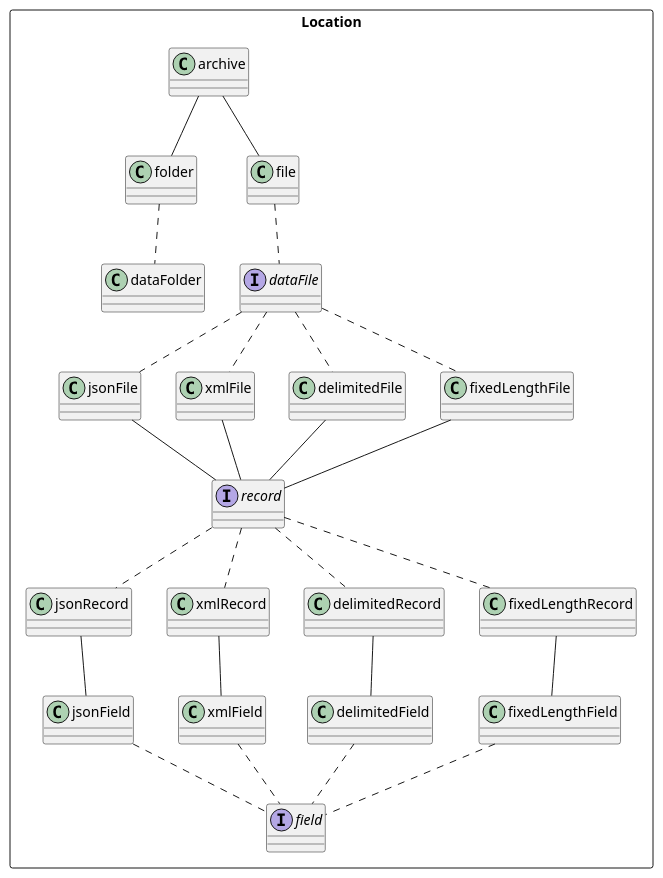
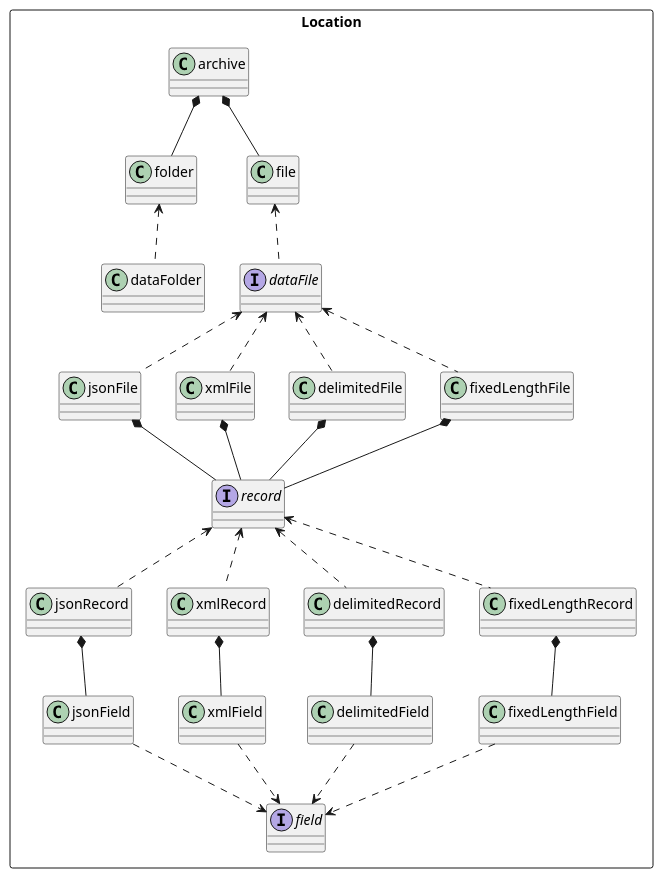
Before and after one commit to joergen-vs/73027c42-c2cd-4c62-b1f4-2532c0eb8dab: the diagram in usage/aspirations/umls/uml-location.puml, drawn with PlantUML. The commit also changed 5 other files, not shown here.

```diff
--- a/usage/aspirations/umls/uml-location.puml
+++ b/usage/aspirations/umls/uml-location.puml
@@ -1,36 +1,36 @@
 @startuml
 
 package "Location" <<Rectangle>> {
 interface dataFile [[https://github.com/joergen-vs/73027c42-c2cd-4c62-b1f4-2532c0eb8dab/blob/master/usage/aspirations/addml-classes.md#dataFile]]
 interface record
 interface field
 
-archive -- folder
-archive -- file
+archive *-- folder
+archive *-- file
 
-folder .. dataFolder
+folder <.. dataFolder
 
-file .. dataFile
-dataFile .. jsonFile
-dataFile .. xmlFile
-dataFile .. delimitedFile
-dataFile .. fixedLengthFile
-jsonFile -- record
-record .. jsonRecord
-xmlFile -- record
-record .. xmlRecord
-delimitedFile -- record
-record .. delimitedRecord
-fixedLengthFile -- record
-record .. fixedLengthRecord
+file <.. dataFile
+dataFile <.. jsonFile
+dataFile <.. xmlFile
+dataFile <.. delimitedFile
+dataFile <.. fixedLengthFile
+jsonFile *-- record
+record <.. jsonRecord
+xmlFile *-- record
+record <.. xmlRecord
+delimitedFile *-- record
+record <.. delimitedRecord
+fixedLengthFile *-- record
+record <.. fixedLengthRecord
 
-jsonRecord -- jsonField
-jsonField .. field 
-xmlRecord -- xmlField
-xmlField .. field 
-delimitedRecord -- delimitedField
-delimitedField .. field 
-fixedLengthRecord -- fixedLengthField
-fixedLengthField .. field 
+jsonRecord *-- jsonField
+jsonField ..> field 
+xmlRecord *-- xmlField
+xmlField ..> field 
+delimitedRecord *-- delimitedField
+delimitedField ..> field 
+fixedLengthRecord *-- fixedLengthField
+fixedLengthField ..> field 
 }
 @enduml
```
